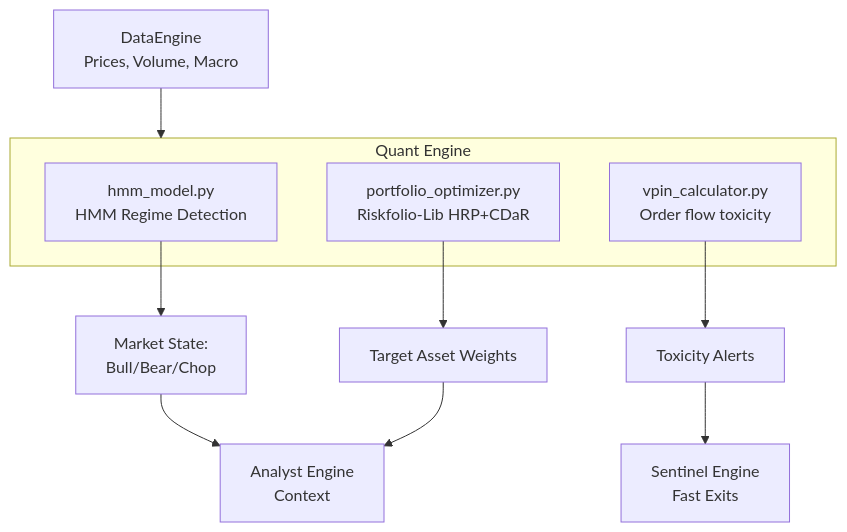
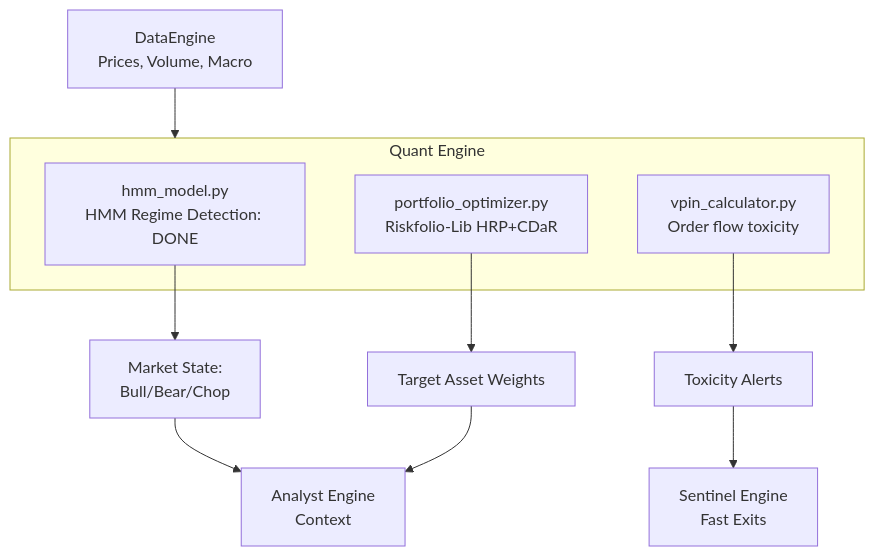
Before and after one commit to knabcd003/aegis: the diagram in docs/PHASE_2_PLAN.md, drawn with Mermaid. The commit also changed other lines of this file, not shown here.

````diff
--- a/docs/PHASE_2_PLAN.md
+++ b/docs/PHASE_2_PLAN.md
@@ -44,18 +40,18 @@
 ```mermaid
 graph TD
     DE[DataEngine<br/>Prices, Volume, Macro] --> QE
     
     subgraph QE["Quant Engine"]
-        HMM[hmm_model.py<br/>HMM Regime Detection]
+        HMM[hmm_model.py<br/>HMM Regime Detection: DONE]
         OPT[portfolio_optimizer.py<br/>Riskfolio-Lib HRP+CDaR]
         VPIN[vpin_calculator.py<br/>Order flow toxicity]
     end
 
     HMM --> STATE[Market State:<br/>Bull/Bear/Chop]
     OPT --> WEIGHTS[Target Asset Weights]
     VPIN --> RISK[Toxicity Alerts]
 
     STATE --> AE[Analyst Engine<br/>Context]
     WEIGHTS --> AE
     RISK --> SE[Sentinel Engine<br/>Fast Exits]
 ```
````
